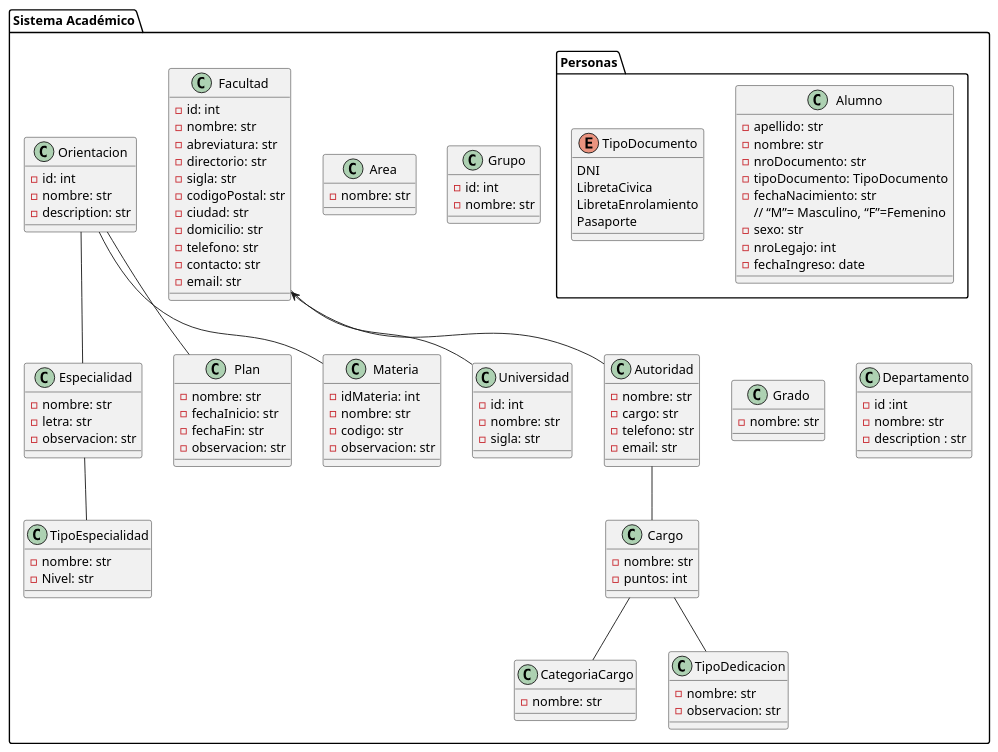
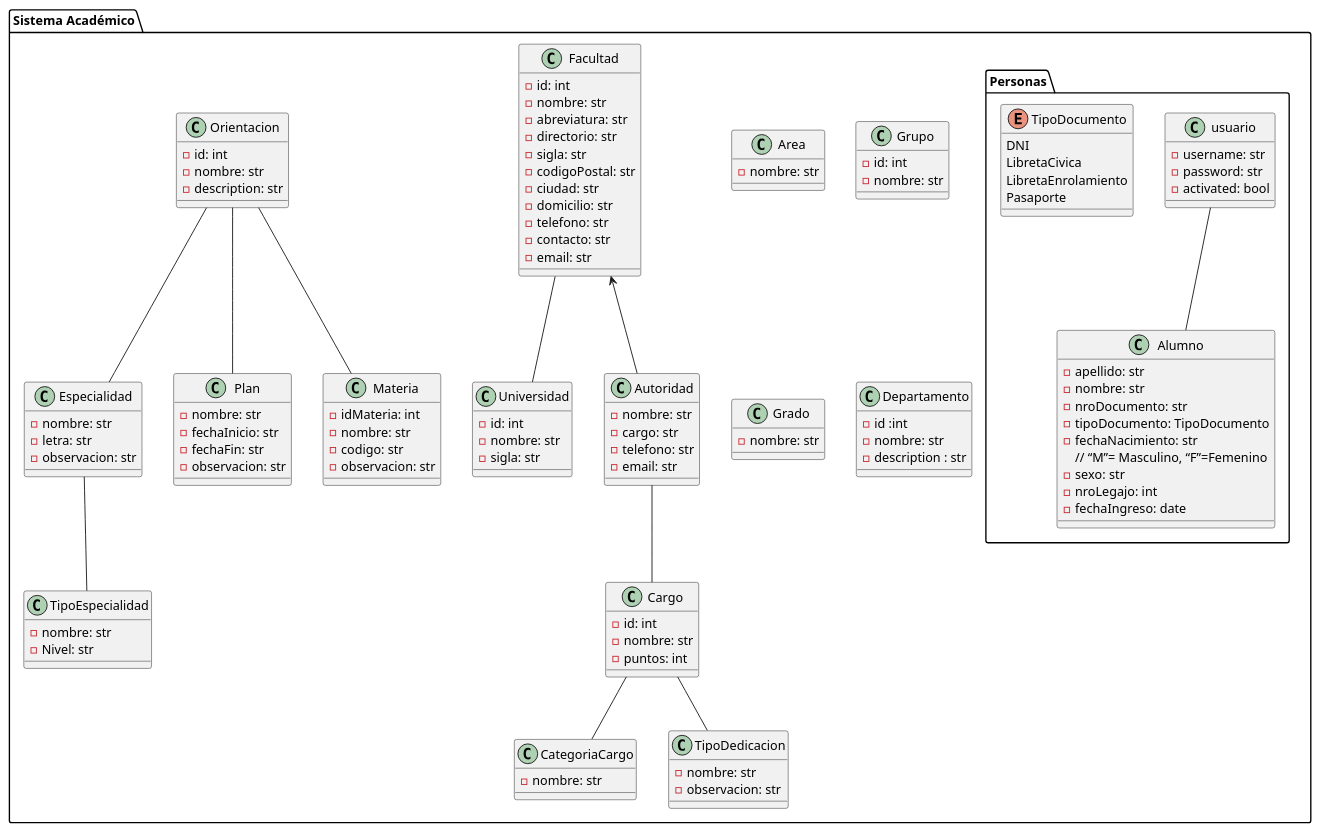
The diagram in app/docs/sysacad_diagrama_de_clases.puml (Juanpa1911/SysAcad2.0), drawn with PlantUML before and after one commit. The commit also changed 14 other files, not shown here.

```diff
--- a/app/docs/sysacad_diagrama_de_clases.puml
+++ b/app/docs/sysacad_diagrama_de_clases.puml
@@ -1,127 +1,133 @@
 @startuml Diagrama de Clases de sysacad
 package "Sistema Académico"{
     package "Personas"{
+        class usuario{
+            - username: str
+            - password: str
+            -activated: bool
+        }
         class Alumno {
             - apellido: str
             - nombre: str
             - nroDocumento: str
             - tipoDocumento: TipoDocumento
             - fechaNacimiento: str
             // “M”= Masculino, “F”=Femenino
             - sexo: str
             - nroLegajo: int
             - fechaIngreso: date
         }
 
         enum TipoDocumento {
             DNI
             LibretaCivica
             LibretaEnrolamiento
             Pasaporte
         }
     }
 
     class Universidad {
         -id: int
         -nombre: str
         -sigla: str
     }
 
     class Facultad {
         -id: int
         -nombre: str
         -abreviatura: str
         -directorio: str
         -sigla: str
         -codigoPostal: str
         -ciudad: str
         -domicilio: str
         -telefono: str
         -contacto: str
         -email: str
     }
 
     class Autoridad {
         -nombre: str
         -cargo: str
         -telefono: str
         -email: str
     }
 
     class Area {
         - nombre: str
     }
 
     class Especialidad {
         - nombre: str
         - letra: str
         - observacion: str
     }
 
     class TipoEspecialidad {
         - nombre: str
         - Nivel: str
     }
 
     class Grupo {
         - id: int
         - nombre: str
     }
 
     class Plan {
         - nombre: str
         - fechaInicio: str
         - fechaFin: str
         - observacion: str
     }
 
     class Orientacion {
         - id: int
         - nombre: str
         - description: str
     }
 
     class Grado {
         - nombre: str
     }
 
     class Cargo {
+        - id: int
         - nombre: str
         - puntos: int
         
     }
     
     class CategoriaCargo {
         - nombre: str
     } 
    
     class Materia {
         - idMateria: int
         - nombre: str
         - codigo: str
         - observacion: str
     }
 
     class TipoDedicacion {
         - nombre: str
         - observacion: str
     }
 
     class Departamento {
         - id :int
         - nombre: str
         - description : str
     }
 
-
+    usuario -- Alumno
     Orientacion -- Especialidad
     Orientacion -- Plan
     Orientacion -- Materia
     Especialidad -- TipoEspecialidad
     Facultad <-- Autoridad
     Facultad -- Universidad
     Autoridad -- Cargo
     Cargo -- CategoriaCargo
     Cargo -- TipoDedicacion
 }
 @enduml
```
